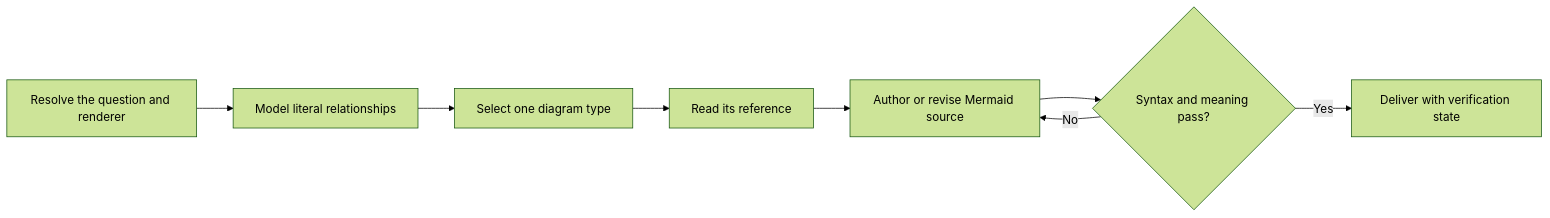
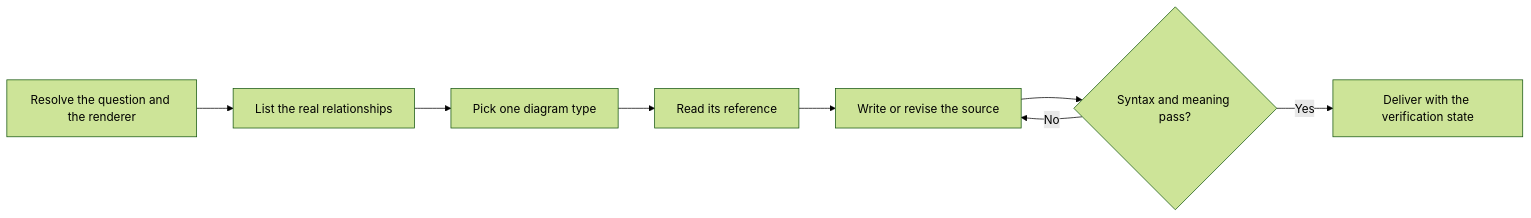
Before and after one commit to fam-tung-lam/ptlam-agent-plugin: the diagram in plugin/skills/ptlam-mermaiding/SKILL.md, drawn with Mermaid (forest theme). The commit also changed other lines of this file and 1734 other files, not shown here.

````diff
--- a/plugin/skills/ptlam-mermaiding/SKILL.md
+++ b/plugin/skills/ptlam-mermaiding/SKILL.md
@@ -12,10 +15,10 @@
 ```mermaid
 flowchart LR
-    ResolveQuestion["Resolve the question and renderer"] --> ModelRelationships["Model literal relationships"]
-    ModelRelationships --> SelectType["Select one diagram type"]
+    ResolveQuestion["Resolve the question and the renderer"] --> ModelRelationships["List the real relationships"]
+    ModelRelationships --> SelectType["Pick one diagram type"]
     SelectType --> ReadTypeReference["Read its reference"]
-    ReadTypeReference --> AuthorSource["Author or revise Mermaid source"]
+    ReadTypeReference --> AuthorSource["Write or revise the source"]
     AuthorSource --> VerifySource{"Syntax and meaning pass?"}
     VerifySource -->|"No"| AuthorSource
-    VerifySource -->|"Yes"| DeliverDiagram["Deliver with verification state"]
+    VerifySource -->|"Yes"| DeliverDiagram["Deliver with the verification state"]
 ```
````
